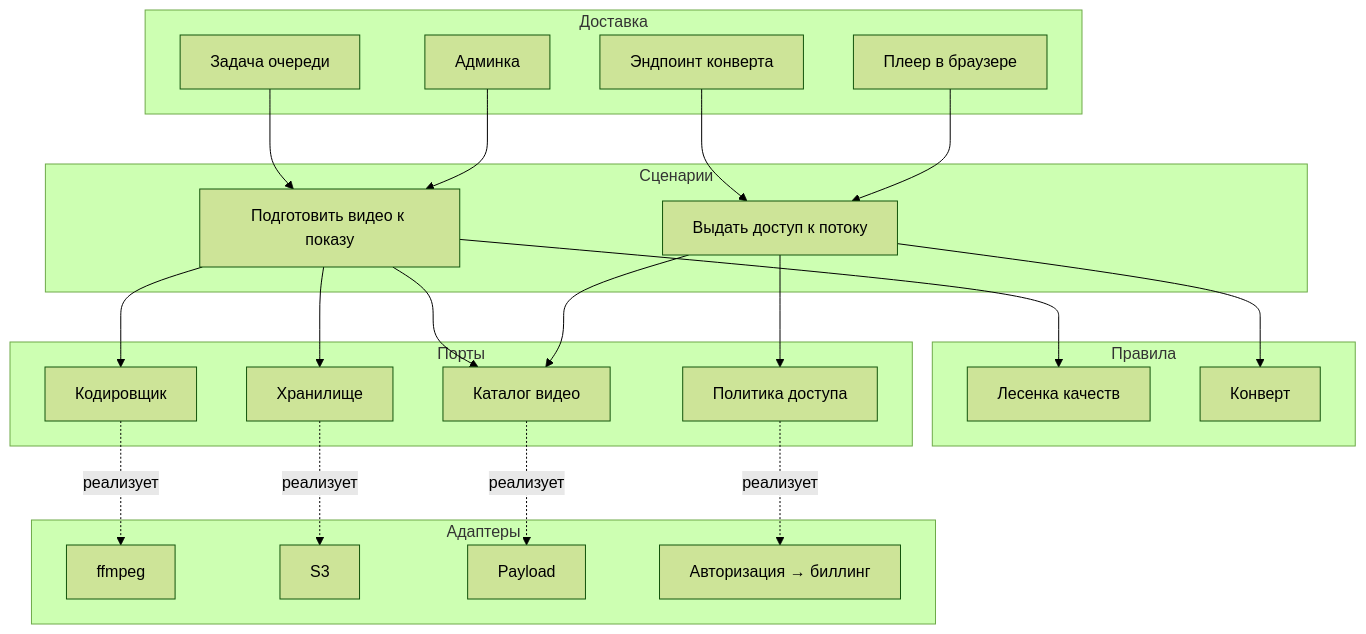
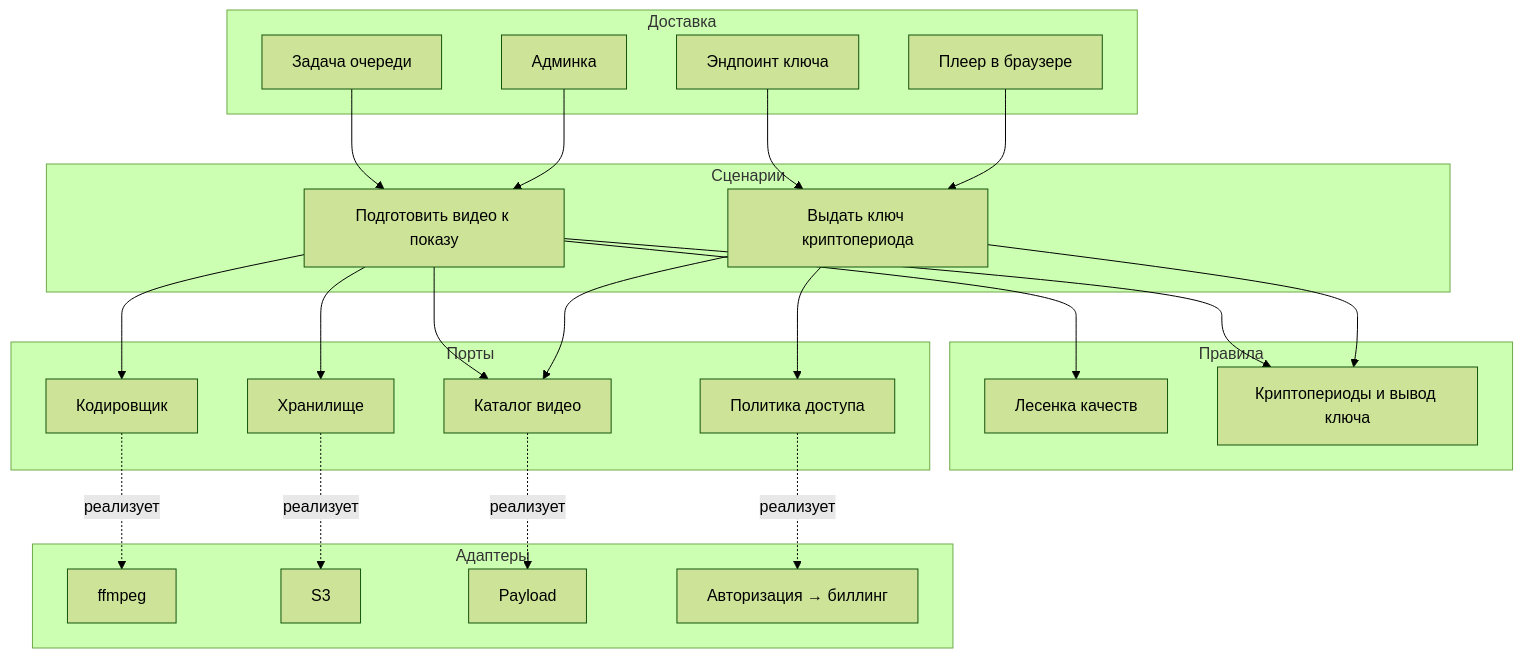
The first of 6 diagrams in docs/whg/39-video.md (Vovanda/WebHolyGrail), drawn with Mermaid (forest theme) before and after one commit. The commit also changed other lines of this file and 8 other files, not shown here.

````diff
--- a/docs/whg/39-video.md
+++ b/docs/whg/39-video.md
@@ -20,48 +20,49 @@
 ```mermaid
 flowchart TB
     subgraph delivery["Доставка"]
         job["Задача очереди"]
-        api["Эндпоинт конверта"]
+        api["Эндпоинт ключа"]
         player["Плеер в браузере"]
         admin["Админка"]
     end
     subgraph app["Сценарии"]
         build["Подготовить видео к показу"]
-        grant["Выдать доступ к потоку"]
+        grant["Выдать ключ криптопериода"]
     end
     subgraph domain["Правила"]
         ladder["Лесенка качеств"]
-        envelope["Конверт"]
+        periods["Криптопериоды и вывод ключа"]
     end
     subgraph ports["Порты"]
         encoder["Кодировщик"]
         storage["Хранилище"]
         catalog["Каталог видео"]
         policy["Политика доступа"]
     end
     subgraph adapters["Адаптеры"]
         ffmpeg["ffmpeg"]
         s3["S3"]
         payload["Payload"]
         auth["Авторизация → биллинг"]
     end
 
     job --> build
     api --> grant
     player --> grant
     admin --> build
 
     build --> ladder
-    grant --> envelope
+    build --> periods
+    grant --> periods
 
     build --> encoder
     build --> storage
     build --> catalog
     grant --> catalog
     grant --> policy
 
     encoder -.реализует.-> ffmpeg
     storage -.реализует.-> s3
     catalog -.реализует.-> payload
     policy -.реализует.-> auth
 ```
````
